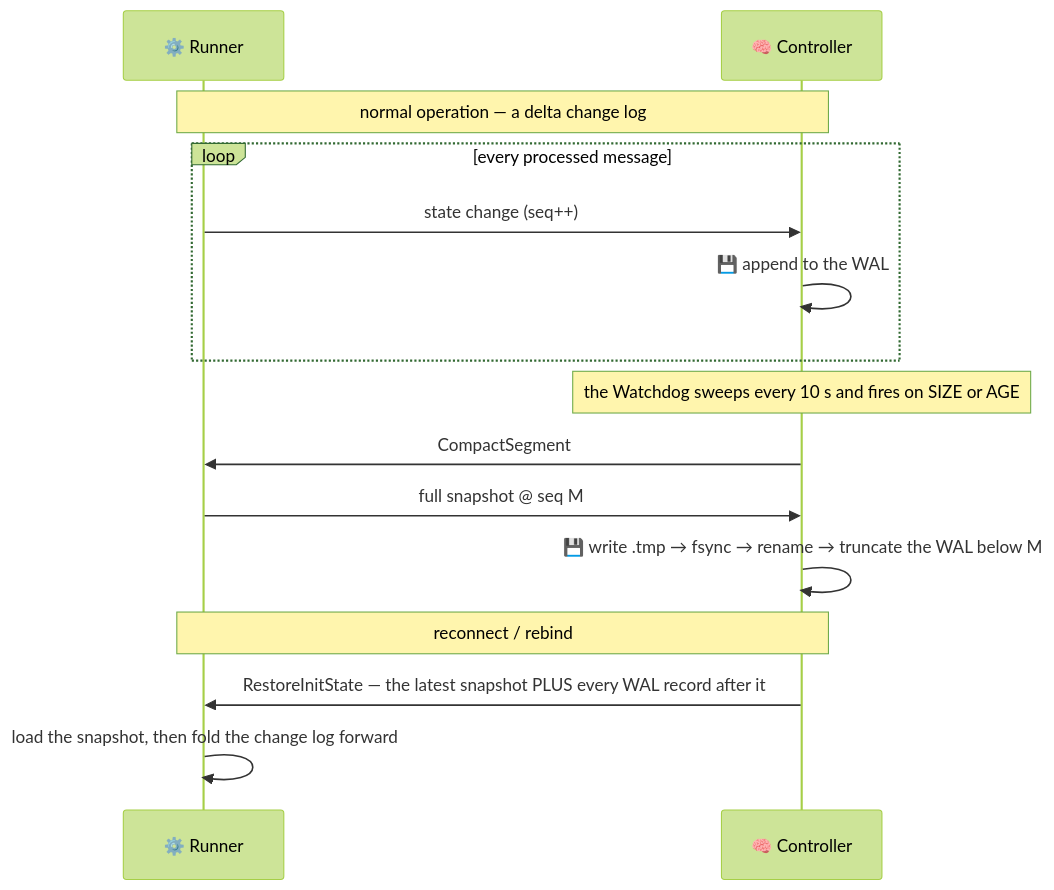
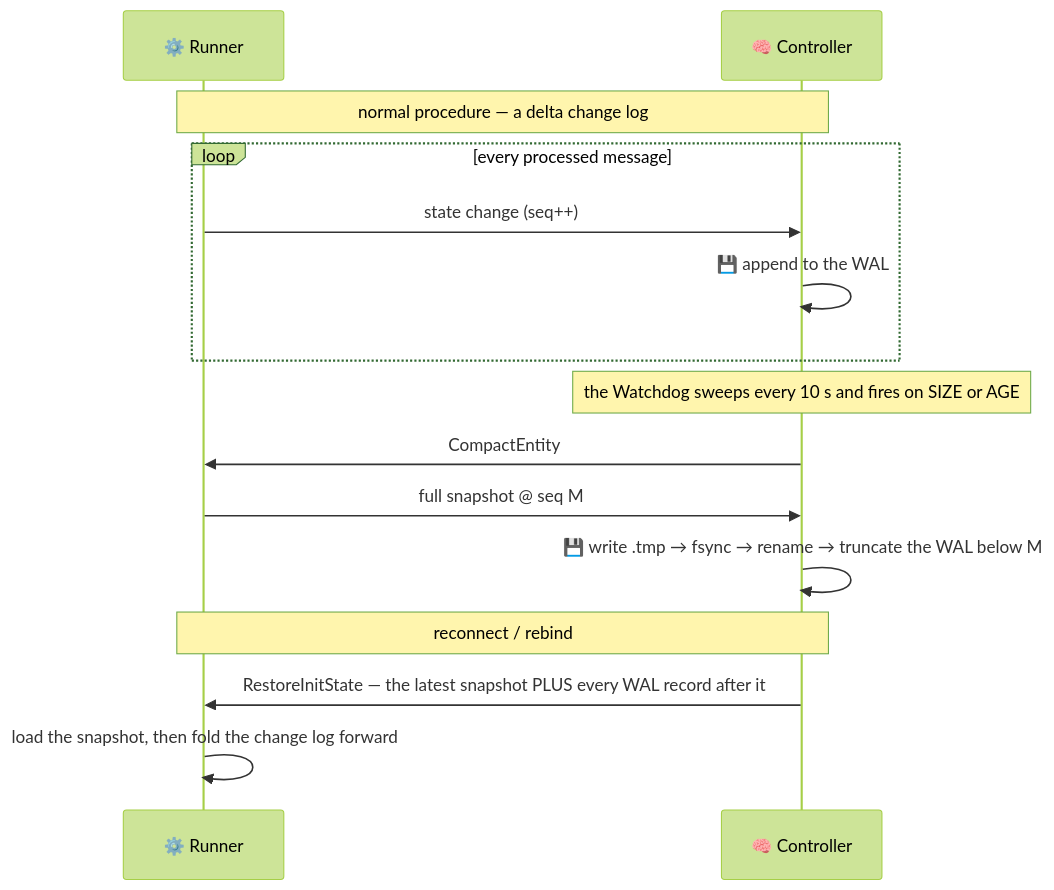
The fourth of 16 diagrams in docs/architecture/kernel.md (Flezha/flezha), drawn with Mermaid (forest theme) before and after one commit. The commit also changed other lines of this file and 658 other files, not shown here.

````diff
--- a/docs/architecture/kernel.md
+++ b/docs/architecture/kernel.md
@@ -175,20 +175,20 @@
 ```mermaid
 sequenceDiagram
     participant EX as ⚙️ Runner
     participant CTRL as 🧠 Controller
 
-    Note over EX,CTRL: normal operation — a delta change log
+    Note over EX,CTRL: normal procedure — a delta change log
     loop every processed message
         EX->>CTRL: state change (seq++)
         CTRL->>CTRL: 💾 append to the WAL
     end
 
     Note over CTRL: the Watchdog sweeps every 10 s and fires on SIZE or AGE
-    CTRL->>EX: CompactSegment
+    CTRL->>EX: CompactEntity
     EX->>CTRL: full snapshot @ seq M
     CTRL->>CTRL: 💾 write .tmp → fsync → rename → truncate the WAL below M
 
     Note over EX,CTRL: reconnect / rebind
     CTRL->>EX: RestoreInitState — the latest snapshot PLUS every WAL record after it
     EX->>EX: load the snapshot, then fold the change log forward
 ```
````
